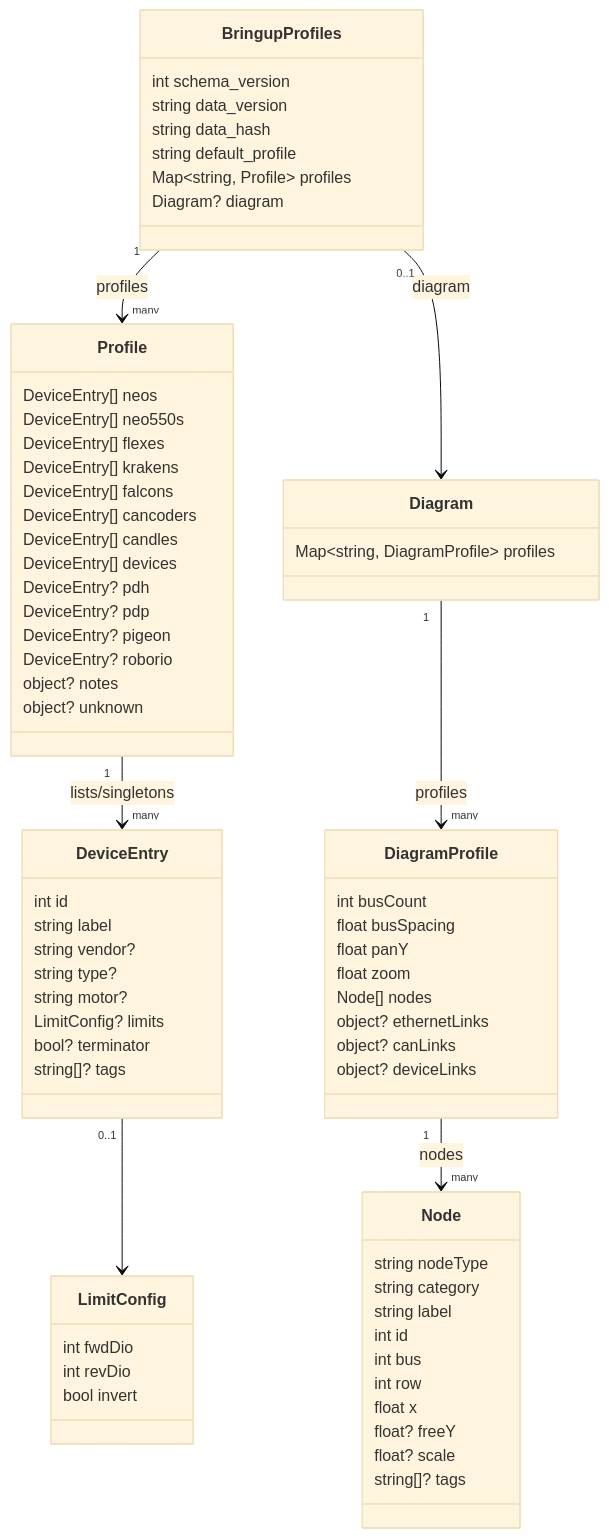
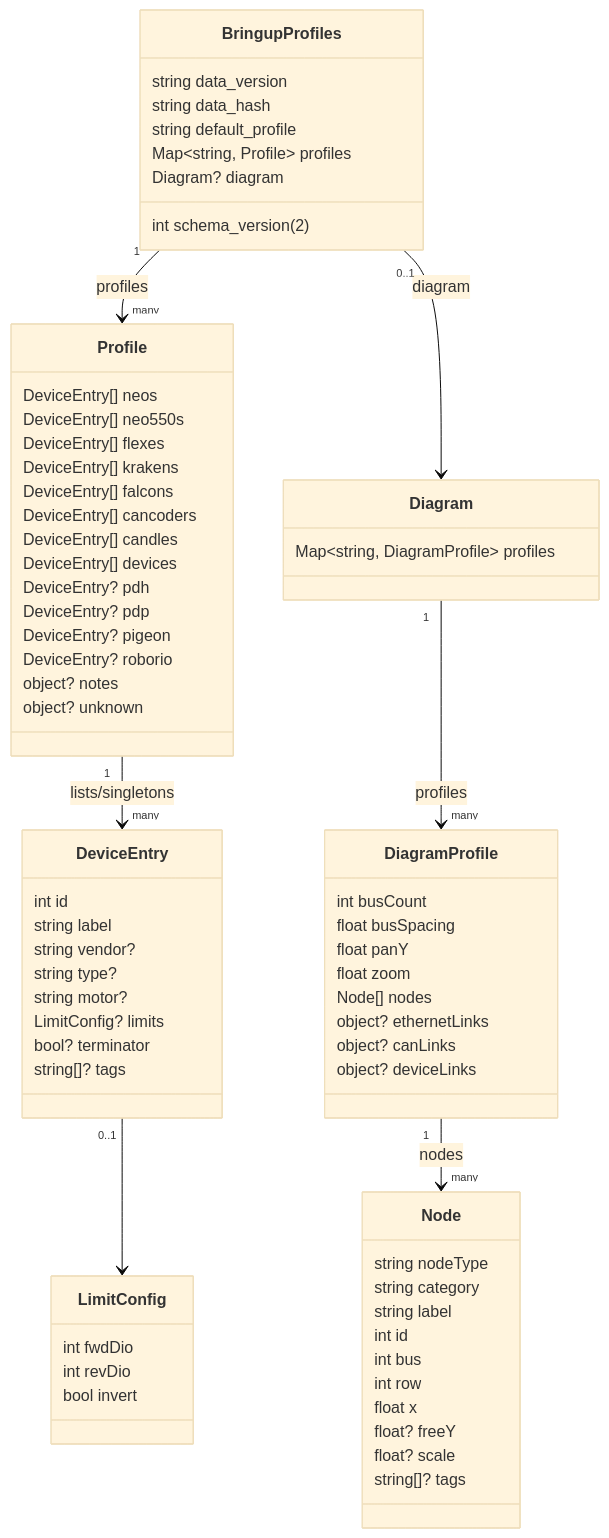
One commit to dmonachello/swerveBringupMotorTest1 changed the diagram in docs/bringup_profiles_schema.md. Above: the diagram before and after it, drawn with Mermaid (base theme). The commit also changed other lines of this file and 28 other files, not shown here.

````diff
--- a/docs/bringup_profiles_schema.md
+++ b/docs/bringup_profiles_schema.md
@@ -5,80 +5,80 @@
 ```mermaid
 classDiagram
     class BringupProfiles {
-        int schema_version
+        int schema_version (2)
         string data_version
         string data_hash
         string default_profile
         Map~string, Profile~ profiles
         Diagram? diagram
     }
 
     class Profile {
         DeviceEntry[] neos
         DeviceEntry[] neo550s
         DeviceEntry[] flexes
         DeviceEntry[] krakens
         DeviceEntry[] falcons
         DeviceEntry[] cancoders
         DeviceEntry[] candles
         DeviceEntry[] devices
         DeviceEntry? pdh
         DeviceEntry? pdp
         DeviceEntry? pigeon
         DeviceEntry? roborio
         object? notes
         object? unknown
     }
 
     class DeviceEntry {
         int id
         string label
         string vendor?
         string type?
         string motor?
         LimitConfig? limits
         bool? terminator
         string[]? tags
     }
 
     class LimitConfig {
         int fwdDio
         int revDio
         bool invert
     }
 
     class Diagram {
         Map~string, DiagramProfile~ profiles
     }
 
     class DiagramProfile {
         int busCount
         float busSpacing
         float panY
         float zoom
         Node[] nodes
         object? ethernetLinks
         object? canLinks
         object? deviceLinks
     }
 
     class Node {
         string nodeType
         string category
         string label
         int id
         int bus
         int row
         float x
         float? freeY
         float? scale
         string[]? tags
     }
 
     BringupProfiles "1" --> "many" Profile : profiles
     Profile "1" --> "many" DeviceEntry : lists/singletons
     DeviceEntry "0..1" --> LimitConfig
     BringupProfiles "0..1" --> Diagram : diagram
     Diagram "1" --> "many" DiagramProfile : profiles
     DiagramProfile "1" --> "many" Node : nodes
 ```
````
